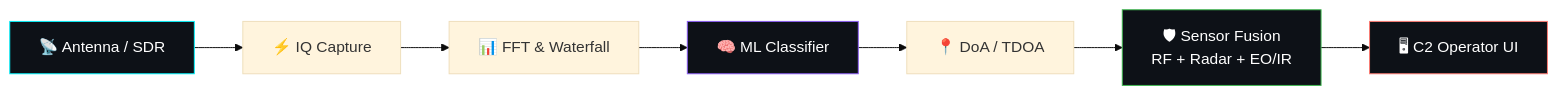
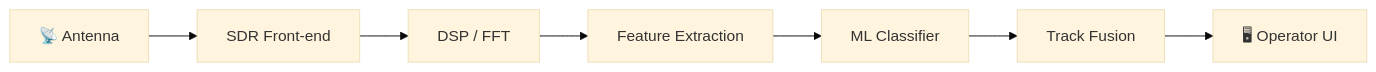
Before and after one commit to mach2furkan/mach2furkan: the diagram in README.md, drawn with Mermaid (base theme). The commit also changed other lines of this file, not shown here.

````diff
--- a/README.md
+++ b/README.md
@@ -79,13 +53,9 @@
 ```mermaid
 flowchart LR
-    A[📡 Antenna / SDR] --> B[⚡ IQ Capture]
-    B --> C[📊 FFT & Waterfall]
-    C --> D[🧠 ML Classifier]
-    D --> E[📍 DoA / TDOA]
-    E --> F[🛡 Sensor Fusion<br/>RF + Radar + EO/IR]
-    F --> G[🖥 C2 Operator UI]
-    style A fill:#0d1117,stroke:#00F5FF,color:#fff
-    style D fill:#0d1117,stroke:#8B5CF6,color:#fff
-    style F fill:#0d1117,stroke:#3fb950,color:#fff
-    style G fill:#0d1117,stroke:#ff7b72,color:#fff
+    A[📡 Antenna] --> B[SDR Front-end]
+    B --> C[DSP / FFT]
+    C --> D[Feature Extraction]
+    D --> E[ML Classifier]
+    E --> F[Track Fusion]
+    F --> G[🖥 Operator UI]
 ```
````
